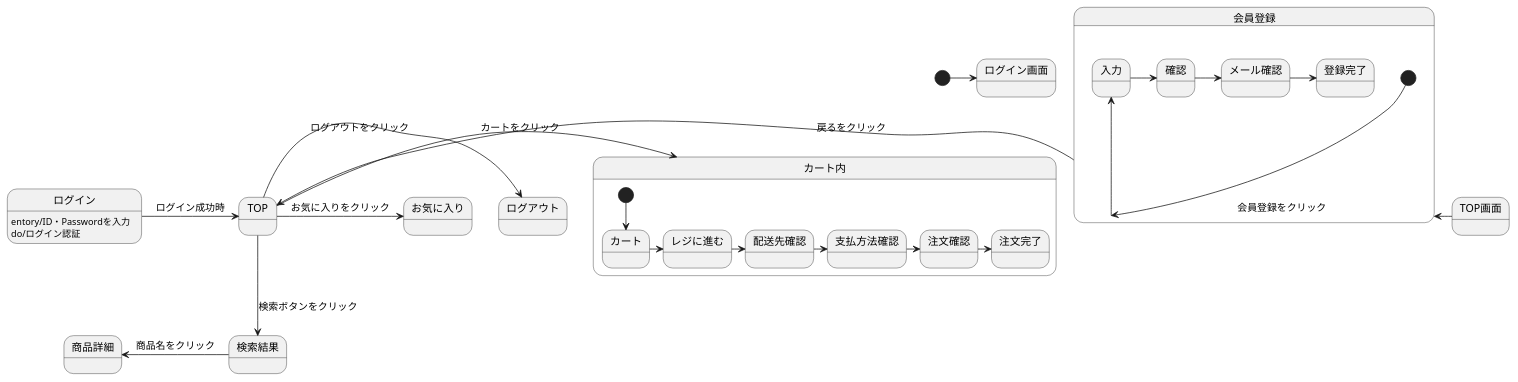
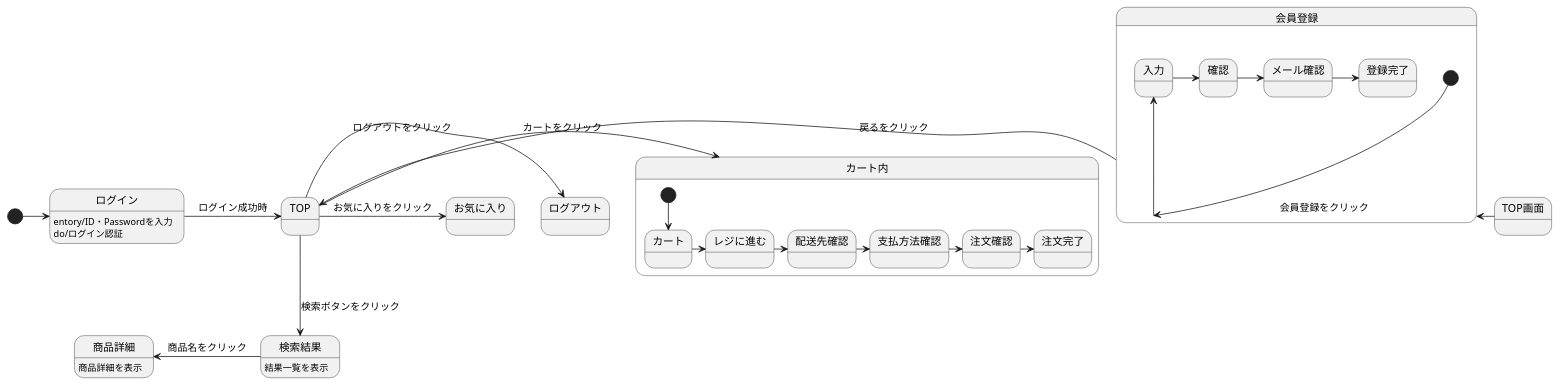
One commit to Aso2101121/2021sys-design-2 changed the diagram in チーム開発/画面遷移.md. Above: the diagram before and after it, drawn with PlantUML.

````diff
--- a/チーム開発/画面遷移.md
+++ b/チーム開発/画面遷移.md
@@ -1,34 +1,36 @@
 ```uml
 @startuml
-[*]        ->      ログイン画面 
+[*]        ->      ログイン 
 ログイン   ->      TOP: ログイン成功時
 ログイン: entory/ID・Passwordを入力
 ログイン: do/ログイン認証
 TOP画面  -left->   会員登録: 会員登録をクリック
 会員登録  ->       TOP: 戻るをクリック
 TOP       ->      カート内: カートをクリック
 TOP       ->      ログアウト: ログアウトをクリック
 TOP       ->      お気に入り: お気に入りをクリック
 TOP     -down->  検索結果: 検索ボタンをクリック
+検索結果: 結果一覧を表示
 検索結果  -left->  商品詳細: 商品名をクリック
+商品詳細: 商品詳細を表示
 
 
 state 会員登録{
  [*]    -->    会員登録
  会員登録 ->  入力
  入力     ->  確認
  確認     ->  メール確認
  メール確認 -> 登録完了
 }
 
 state カート内{
  [*]    -->    カート
  カート  ->    レジに進む
  レジに進む  ->  配送先確認
  配送先確認 ->   支払方法確認
  支払方法確認 -> 注文確認
  注文確認 ->  注文完了
 }
 
 @enduml
 ```
````
